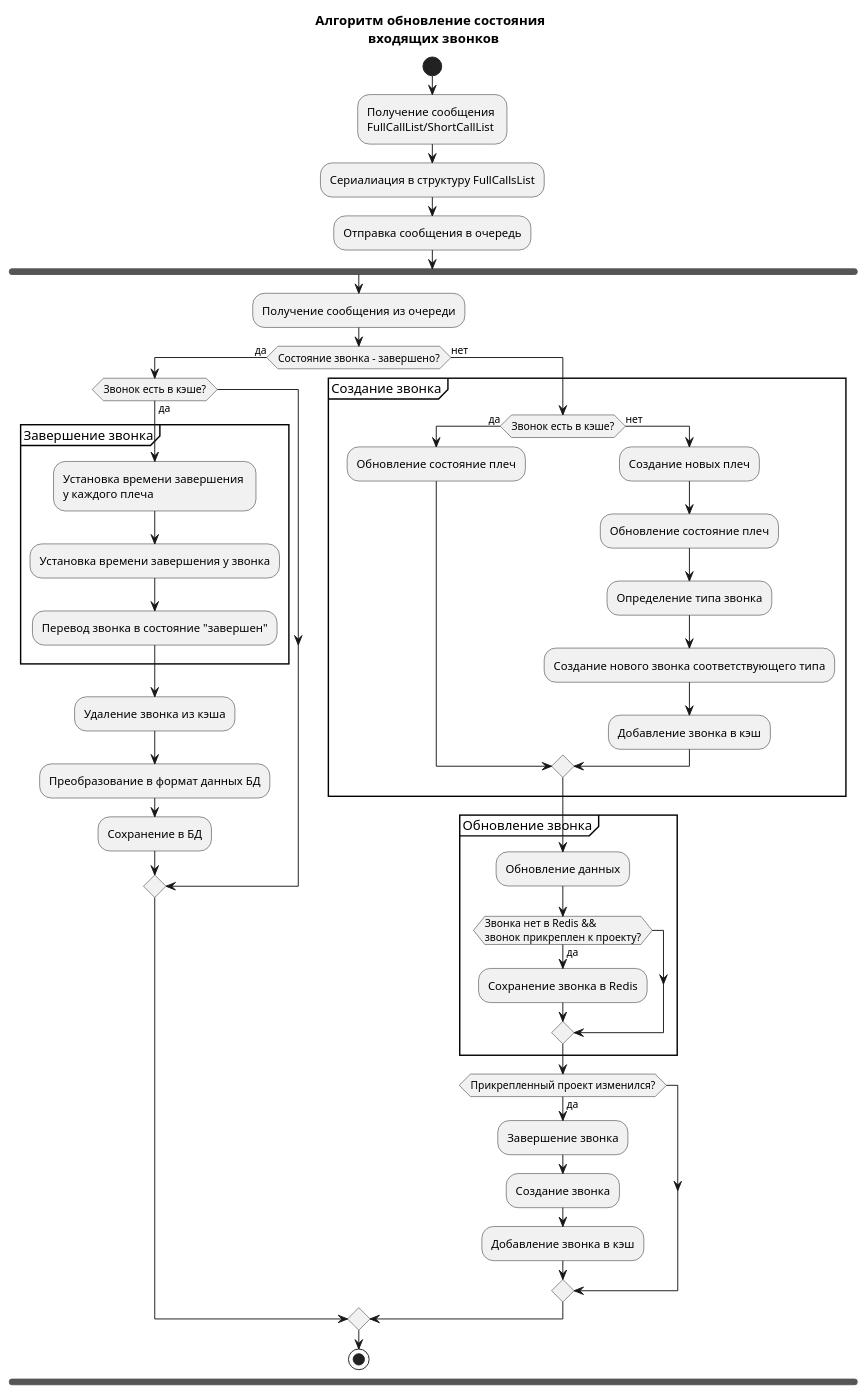
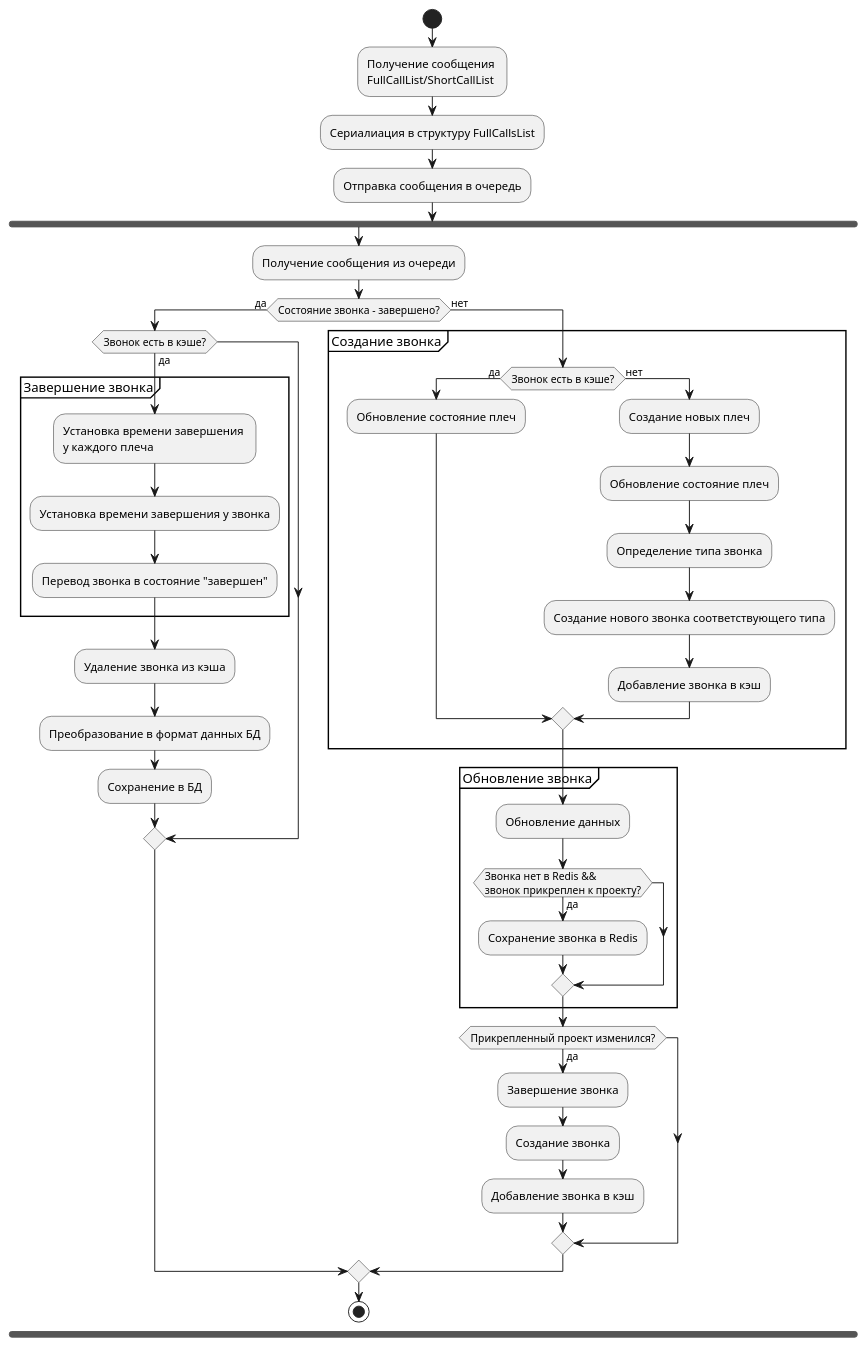
The diagram in diagram/update_call.puml (Delorus/vkr), drawn with PlantUML before and after one commit. The commit also changed 9 other files, not shown here.

```diff
--- a/diagram/update_call.puml
+++ b/diagram/update_call.puml
@@ -1,57 +1,60 @@
 @startuml
+
+skinparam {
+    monochrome true
+}
+
 start
-
-title Алгоритм обновление состояния \n входящих звонков
 
 :Получение сообщения \nFullCallList/ShortCallList;
 
 :Сериалиация в структуру FullCallsList;
 
 :Отправка сообщения в очередь;
 
 fork
 
 :Получение сообщения из очереди;
 
 if (Состояние звонка - завершено?) then (да)
     if (Звонок есть в кэше?) then (да)
         partition "Завершение звонка" {
             :Установка времени завершения \nу каждого плеча;
             :Установка времени завершения у звонка;
             :Перевод звонка в состояние "завершен";
         }
         :Удаление звонка из кэша;
         :Преобразование в формат данных БД;
         :Сохранение в БД;
     endif
 else (нет)
     partition "Создание звонка" {
         if (Звонок есть в кэше?) then (да)
             :Обновление состояние плеч;
         else (нет)
             :Создание новых плеч;
             :Обновление состояние плеч;
             'todo раскрыть как происходит определение?
             :Определение типа звонка;
             :Создание нового звонка соответствующего типа;
             :Добавление звонка в кэш;
         endif
     }
     partition "Обновление звонка" {
         :Обновление данных;
         if (Звонка нет в Redis && \nзвонок прикреплен к проекту?) then (да)
             :Сохранение звонка в Redis;
         endif
         ':Обработка события;
         'todo раскрыть
     }
     if (Прикрепленный проект изменился?) then (да)
         :Завершение звонка;
         :Создание звонка;
         :Добавление звонка в кэш;
     endif
 endif
 
 stop
 
 @enduml
```
